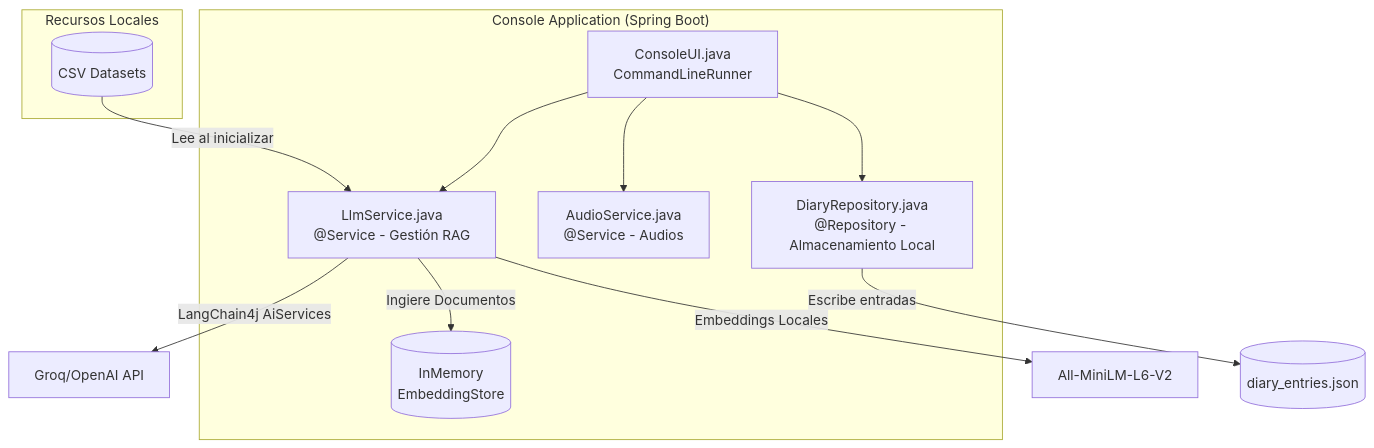
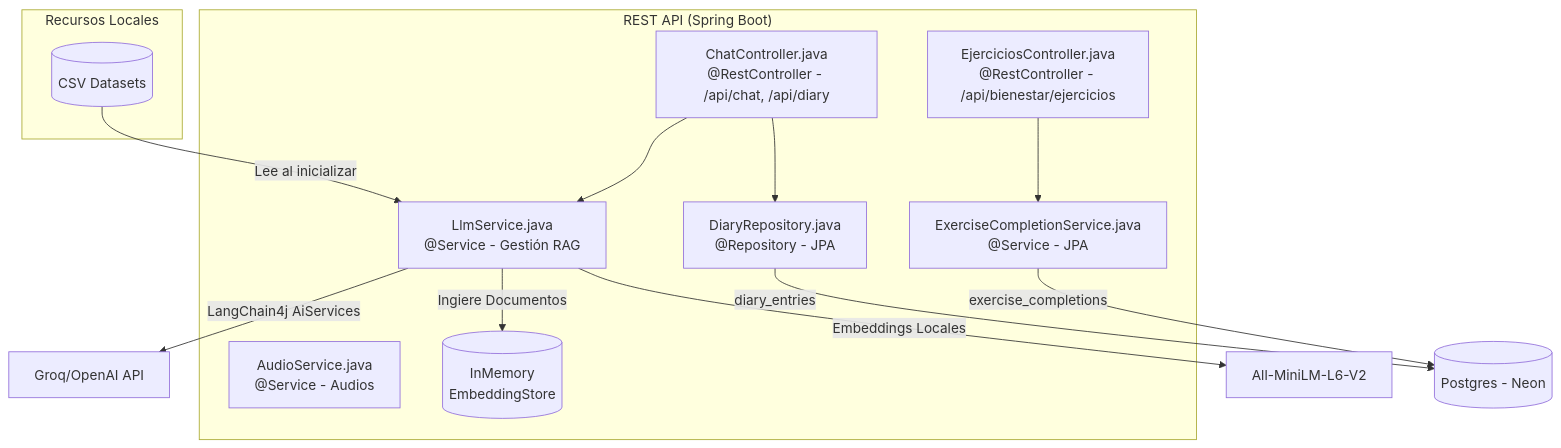
Before and after one commit to PATRICIA-Ingenierios-del-prompt/LLM-Backend: the second of 3 diagrams in README.md, drawn with Mermaid. The commit also changed other lines of this file and 19 other files, not shown here.

````diff
--- a/README.md
+++ b/README.md
@@ -70,24 +75,27 @@
 ```mermaid
 graph TD
-    subgraph "Console Application (Spring Boot)"
-        UI["ConsoleUI.java<br/>CommandLineRunner"]
+    subgraph "REST API (Spring Boot)"
+        ChatCtrl["ChatController.java<br/>@RestController - /api/chat, /api/diary"]
+        EjCtrl["EjerciciosController.java<br/>@RestController - /api/bienestar/ejercicios"]
         LlmSvc["LlmService.java<br/>@Service - Gestión RAG"]
         AudioSvc["AudioService.java<br/>@Service - Audios"]
-        DiaryRepo["DiaryRepository.java<br/>@Repository - Almacenamiento Local"]
+        DiaryRepo["DiaryRepository.java<br/>@Repository - JPA"]
+        ExSvc["ExerciseCompletionService.java<br/>@Service - JPA"]
         VectorDB[("InMemory<br/>EmbeddingStore")]
     end
 
-    UI --> LlmSvc
-    UI --> AudioSvc
-    UI --> DiaryRepo
-    
+    ChatCtrl --> LlmSvc
+    ChatCtrl --> DiaryRepo
+    EjCtrl --> ExSvc
+
     LlmSvc -->|LangChain4j AiServices| Groq[Groq/OpenAI API]
     LlmSvc -->|Ingiere Documentos| VectorDB
     LlmSvc -->|Embeddings Locales| Model[All-MiniLM-L6-V2]
-    DiaryRepo -->|Escribe entradas| JsonDB[(diary_entries.json)]
-    
+    DiaryRepo -->|diary_entries| PgDB[(Postgres - Neon)]
+    ExSvc -->|exercise_completions| PgDB
+
     subgraph "Recursos Locales"
        DataFiles[(CSV Datasets)]
     end
     DataFiles -->|Lee al inicializar| LlmSvc
 ```
````
